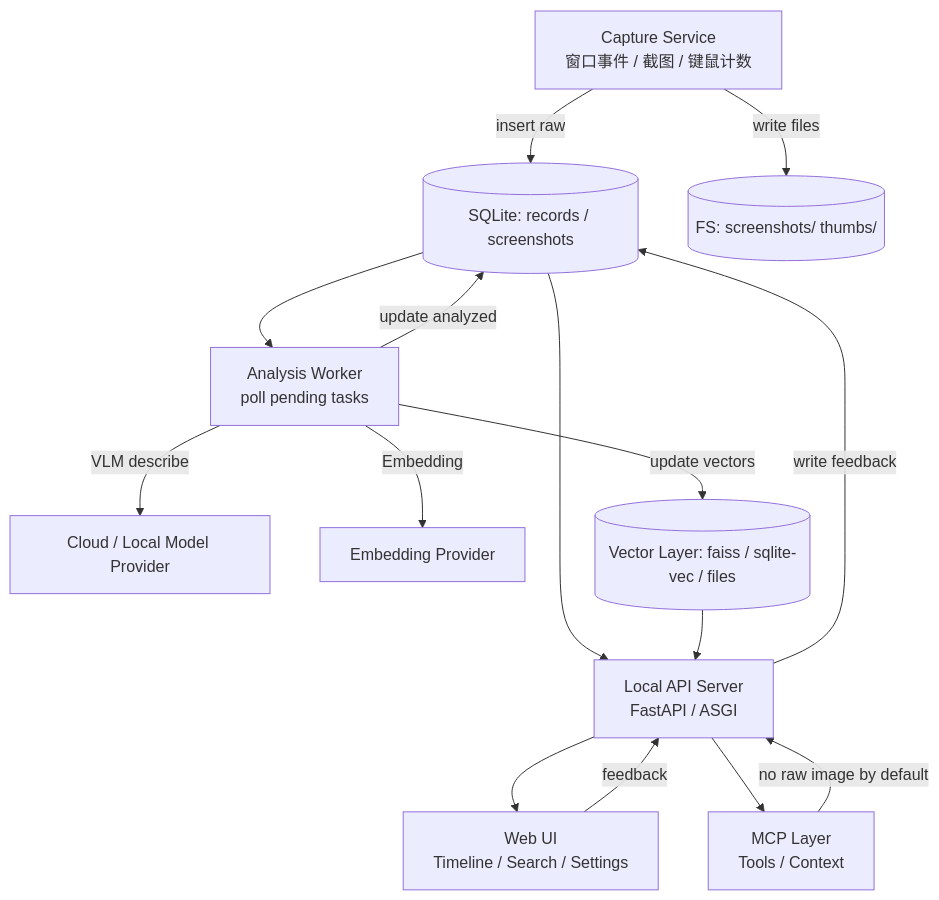
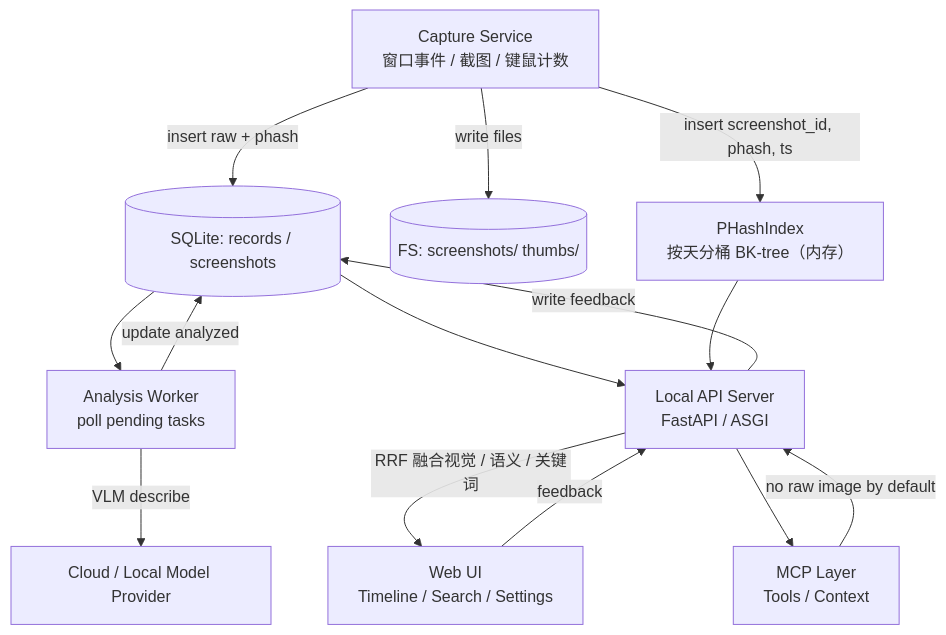
The diagram in infra/architecture/overview.md (Vanilla-Yukirin/TimeTrace), drawn with Mermaid before and after one commit. The commit also changed other lines of this file and 15 other files, not shown here.

````diff
--- a/infra/architecture/overview.md
+++ b/infra/architecture/overview.md
@@ -20,16 +20,15 @@
 ```mermaid
 flowchart TD
-  A[Capture Service\n窗口事件 / 截图 / 键鼠计数] -->|insert raw| B[(SQLite: records / screenshots)]
+  A[Capture Service\n窗口事件 / 截图 / 键鼠计数] -->|insert raw + phash| B[(SQLite: records / screenshots)]
   A -->|write files| C[(FS: screenshots/ thumbs/)]
+  A -->|insert screenshot_id, phash, ts| G[PHashIndex\n按天分桶 BK-tree（内存）]
   B --> D[Analysis Worker\npoll pending tasks]
   D -->|VLM describe| E[Cloud / Local Model Provider]
-  D -->|Embedding| F[Embedding Provider]
   D -->|update analyzed| B
-  D -->|update vectors| G[(Vector Layer: faiss / sqlite-vec / files)]
   B --> H[Local API Server\nFastAPI / ASGI]
   G --> H
-  H --> I[Web UI\nTimeline / Search / Settings]
+  H -->|RRF 融合视觉 / 语义 / 关键词| I[Web UI\nTimeline / Search / Settings]
   H --> J[MCP Layer\nTools / Context]
   I -->|feedback| H -->|write feedback| B
   J -->|no raw image by default| H
 ```
````
